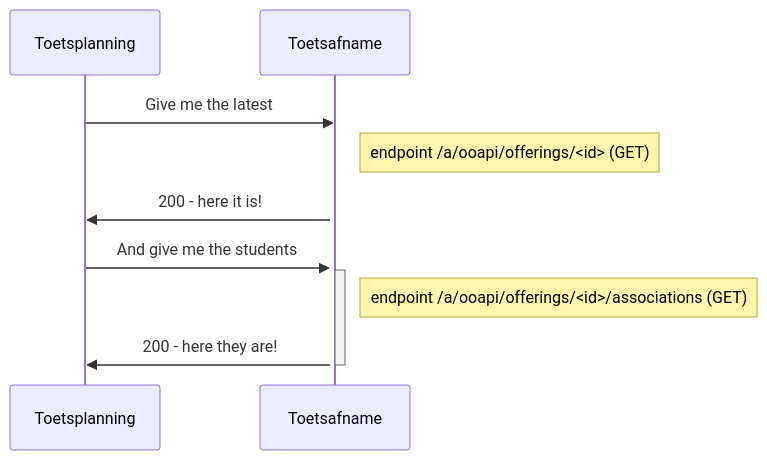
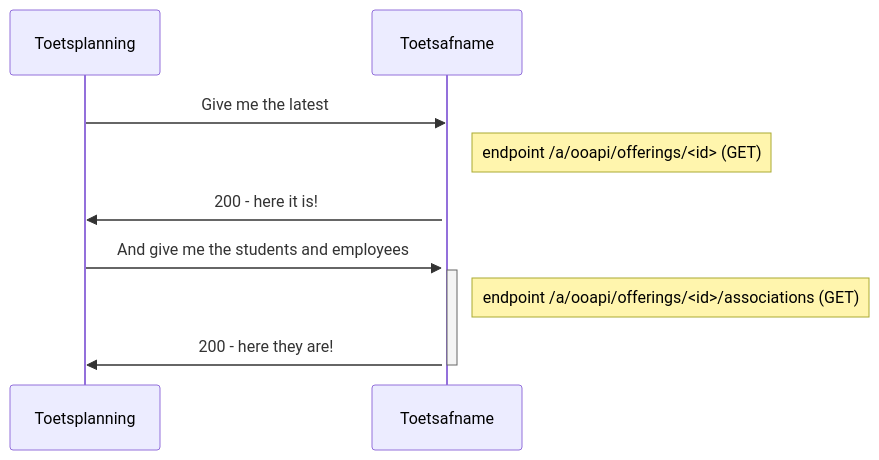
The eighth of 8 diagrams in doc/diagrams/flow2.md (NetwerkExamineringDigitalisering/NED-OOAPI), drawn with Mermaid before and after one commit. The commit also changed other lines of this file, not shown here.

````diff
--- a/doc/diagrams/flow2.md
+++ b/doc/diagrams/flow2.md
@@ -255,12 +255,12 @@
 ```mermaid
 sequenceDiagram
     Toetsplanning->>Toetsafname: Give me the latest
     activate Toetsafname
     Note right of Toetsafname: endpoint /a/ooapi/offerings/<id> (GET)
     Toetsafname->>Toetsplanning: 200 - here it is!
-    Toetsplanning->>Toetsafname: And give me the students
+    Toetsplanning->>Toetsafname: And give me the students and employees
     activate Toetsafname
     Note right of Toetsafname: endpoint /a/ooapi/offerings/<id>/associations (GET)
     Toetsafname->>Toetsplanning: 200 - here they are!
     deactivate Toetsafname
 ```
````
